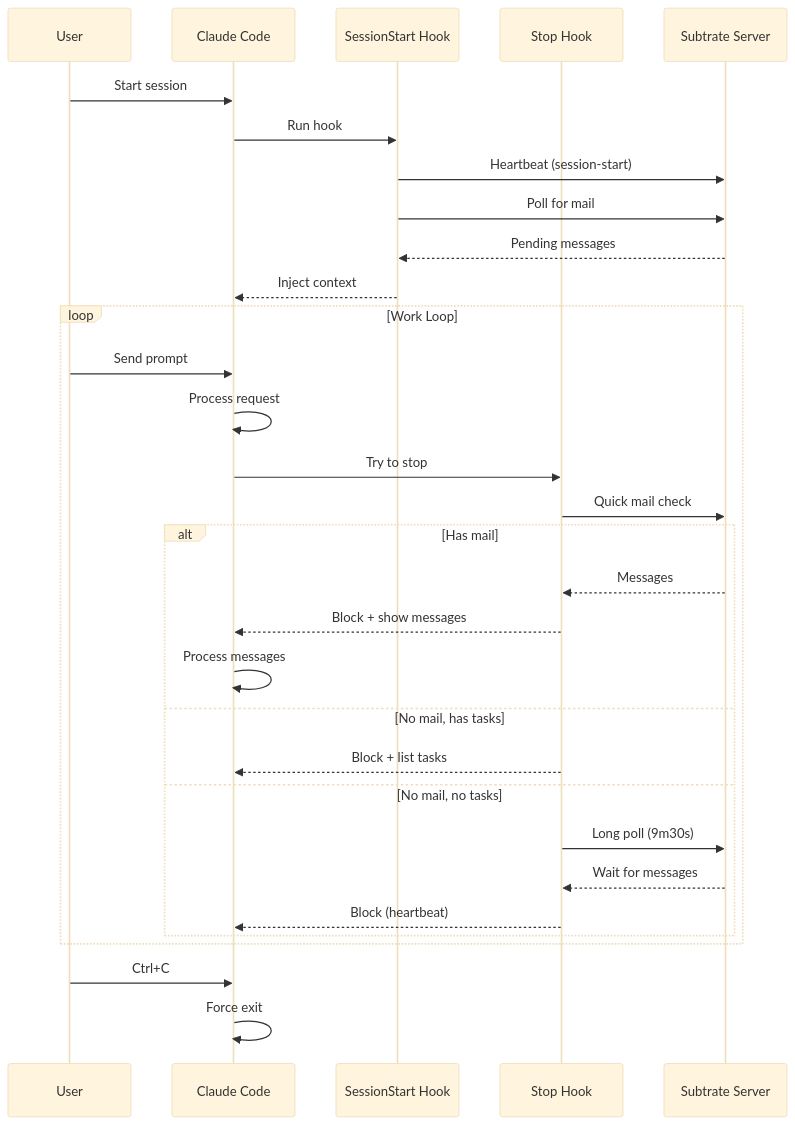
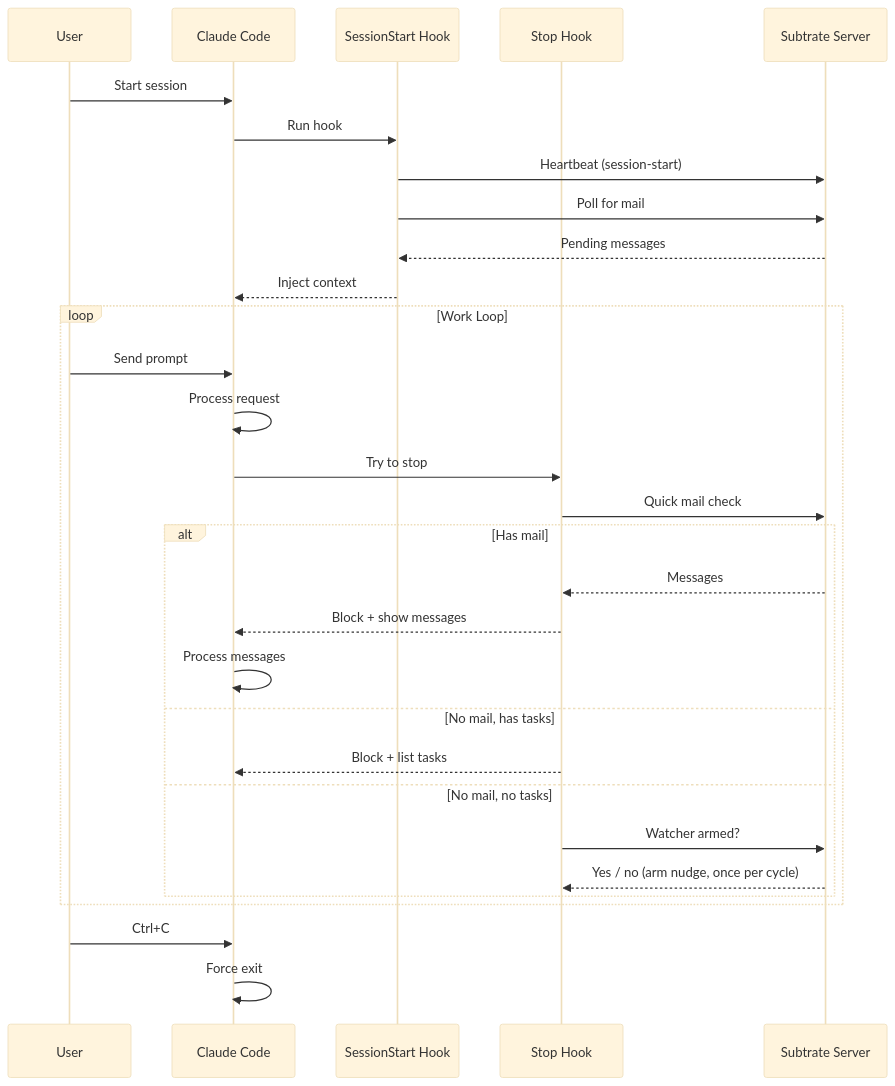
The fifth of 6 diagrams in docs/HOOKS.md (Roasbeef/substrate), drawn with Mermaid (base theme) before and after one commit. The commit also changed other lines of this file and 4 other files, not shown here.

````diff
--- a/docs/HOOKS.md
+++ b/docs/HOOKS.md
@@ -284,36 +284,35 @@
 ```mermaid
 sequenceDiagram
     participant U as User
     participant CC as Claude Code
     participant SH as SessionStart Hook
     participant AH as Stop Hook
     participant S as Subtrate Server
 
     U->>CC: Start session
     CC->>SH: Run hook
     SH->>S: Heartbeat (session-start)
     SH->>S: Poll for mail
     S-->>SH: Pending messages
     SH-->>CC: Inject context
 
     loop Work Loop
         U->>CC: Send prompt
         CC->>CC: Process request
         CC->>AH: Try to stop
         AH->>S: Quick mail check
         alt Has mail
             S-->>AH: Messages
             AH-->>CC: Block + show messages
             CC->>CC: Process messages
         else No mail, has tasks
             AH-->>CC: Block + list tasks
         else No mail, no tasks
-            AH->>S: Long poll (9m30s)
-            S-->>AH: Wait for messages
-            AH-->>CC: Block (heartbeat)
+            AH->>S: Watcher armed?
+            S-->>AH: Yes / no (arm nudge, once per cycle)
         end
     end
 
     U->>CC: Ctrl+C
     CC->>CC: Force exit
 ```
````
